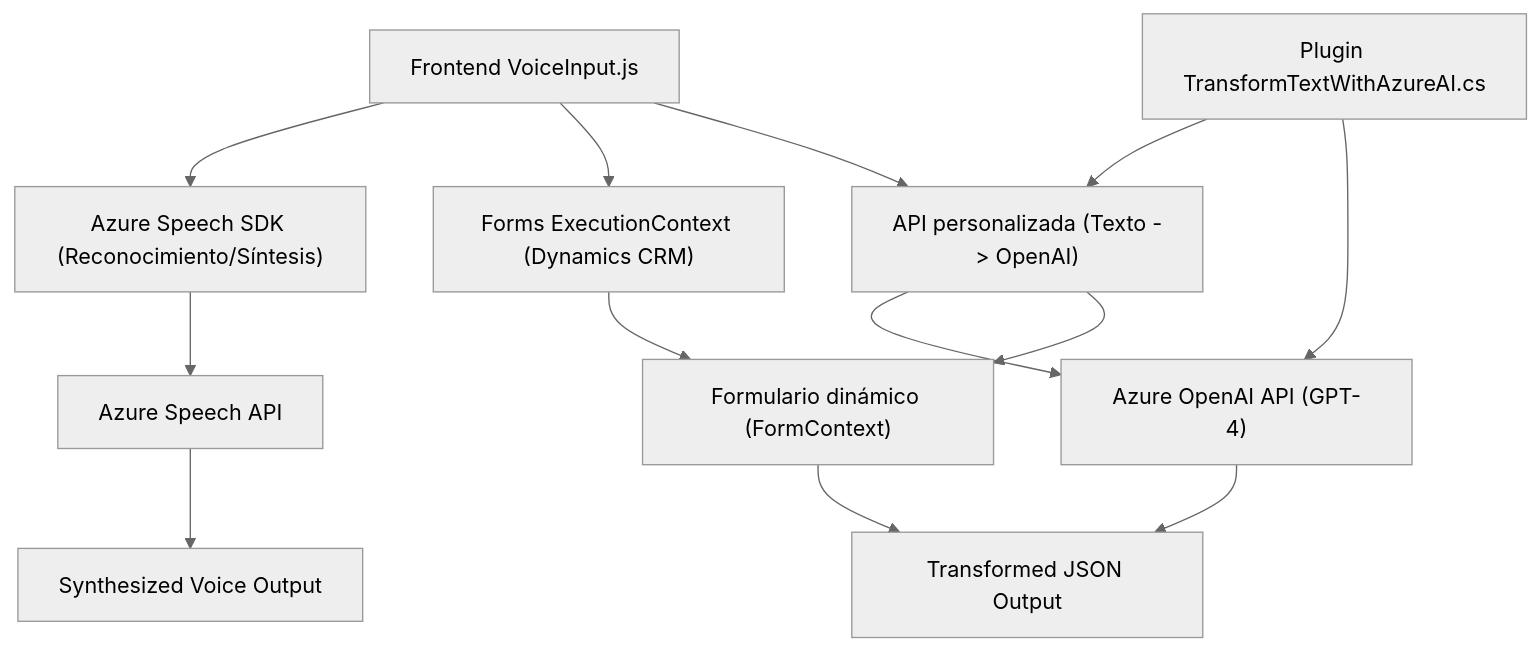
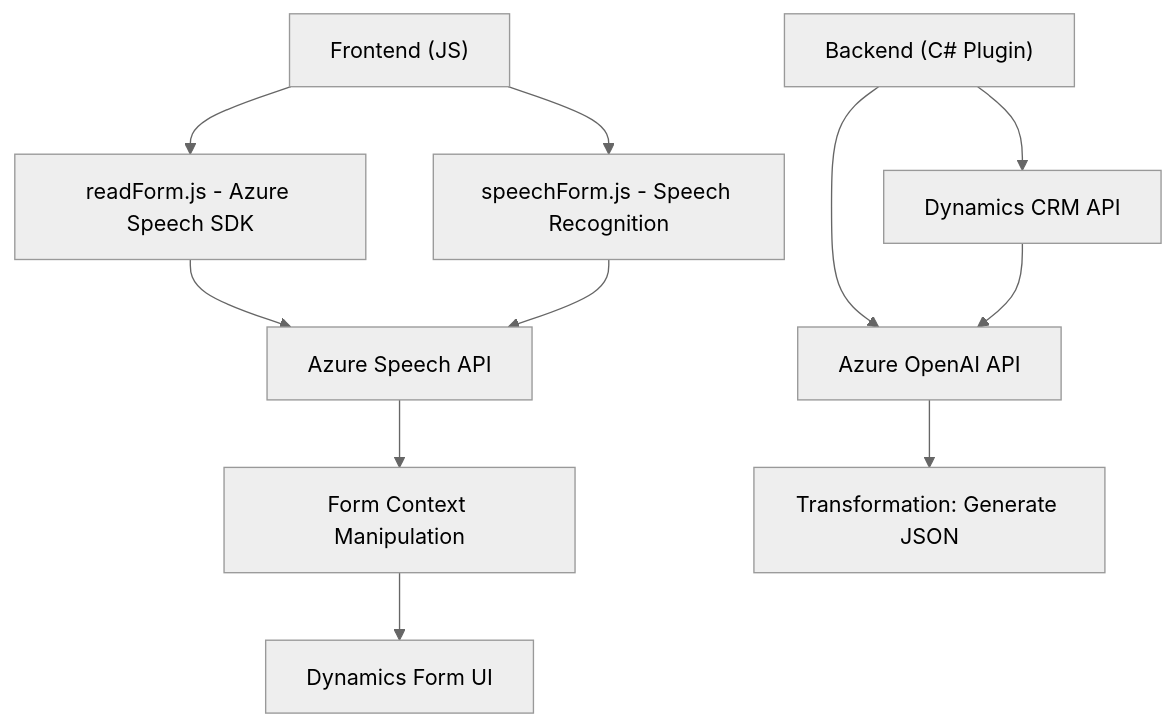
Before and after one commit to blopezdm/NETCORE_BILBAO2025: the diagram in README.md, drawn with Mermaid (neutral theme). The commit also changed other lines of this file, not shown here.

````diff
--- a/README.md
+++ b/README.md
@@ -31,16 +36,14 @@
 ```mermaid
 graph TD
-    A["Frontend VoiceInput.js"] --> B["Azure Speech SDK (Reconocimiento/Síntesis)"]
-    A --> C["Forms ExecutionContext (Dynamics CRM)"]
-    A --> D["API personalizada (Texto -> OpenAI)"]
-    B --> E["Azure Speech API"]
-    D --> F["Azure OpenAI API (GPT-4)"]
-    C --> G["Formulario dinámico (FormContext)"]
-    D --> G
-    E --> H["Synthesized Voice Output"]
+    A["Frontend (JS)"] --> B["readForm.js - Azure Speech SDK"]
+    A["Frontend (JS)"] --> C["speechForm.js - Speech Recognition"]
+    D["Backend (C# Plugin)"] --> E["Dynamics CRM API"]
+    D --> F["Azure OpenAI API"]
+    E["Dynamics CRM API"] --> F
 
-    I["Plugin TransformTextWithAzureAI.cs"] --> D
-    I --> F
-    F --> J["Transformed JSON Output"]
-    G --> J
+    B --> G["Azure Speech API"]
+    C --> G
+    G --> H["Form Context Manipulation"]
+    F --> I["Transformation: Generate JSON"]
+    H --> J["Dynamics Form UI"]
 ```
````
